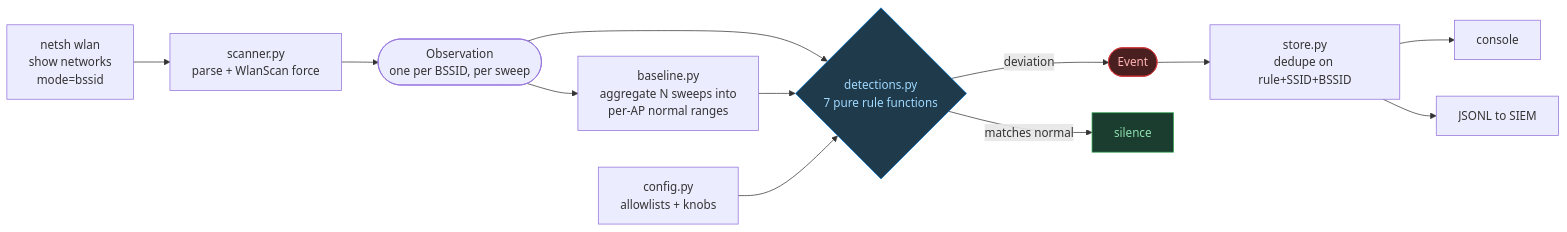
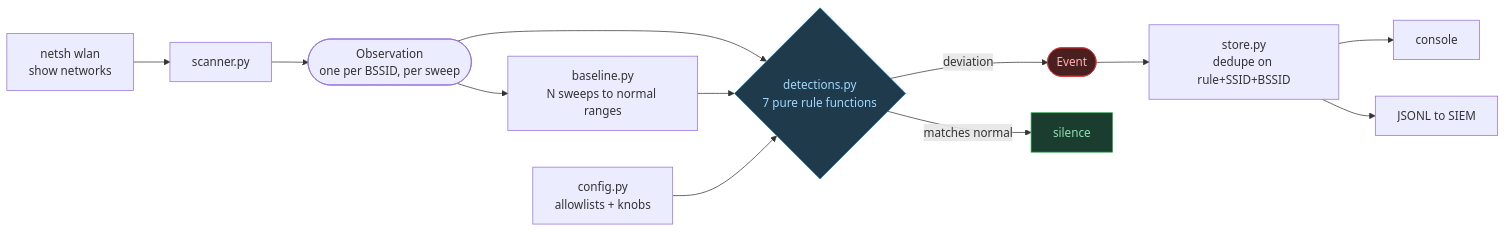
The diagram in README.md (jaylalkiya/Wifi-Sentry), drawn with Mermaid before and after one commit. The commit also changed other lines of this file, not shown here.

````diff
--- a/README.md
+++ b/README.md
@@ -188,21 +144,18 @@
 ```mermaid
 flowchart LR
-    N["netsh wlan<br/>show networks<br/>mode=bssid"] --> S["scanner.py<br/>parse + WlanScan force"]
+    N["netsh wlan<br/>show networks"] --> S["scanner.py"]
     S --> O(["Observation<br/>one per BSSID, per sweep"])
-
-    O --> B["baseline.py<br/>aggregate N sweeps into<br/>per-AP normal ranges"]
+    O --> B["baseline.py<br/>N sweeps to normal ranges"]
     O --> D{"detections.py<br/>7 pure rule functions"}
     B --> D
     C["config.py<br/>allowlists + knobs"] --> D
-
     D -->|deviation| E(["Event"])
     D -->|matches normal| Q["silence"]
-
     E --> DD["store.py<br/>dedupe on rule+SSID+BSSID"]
     DD --> CO["console"]
     DD --> J["JSONL to SIEM"]
 
     style Q fill:#1b3d2f,stroke:#2ea44f,color:#8fe0b0
     style E fill:#4a1f1f,stroke:#d13438,color:#ffb3b3
     style D fill:#1f3a4a,stroke:#0078D6,color:#9fd8ff
 ```
````
